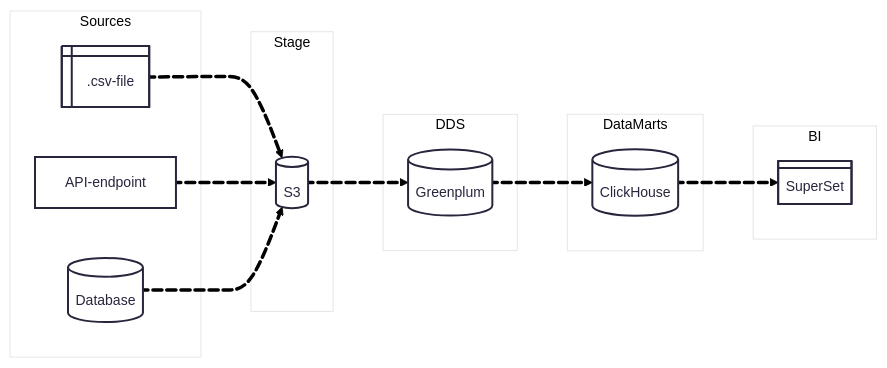
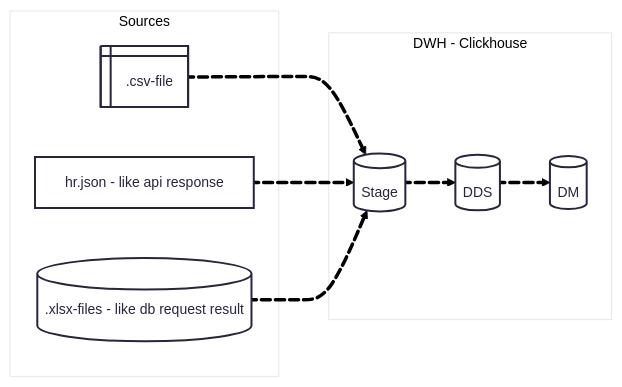
Before and after one commit to CabbageSplitter/ELT-Horizon: the diagram in docs/architecture.mmd, drawn with Mermaid.

Commit message:
docs: изменена архитектура

```diff
--- a/docs/architecture.mmd
+++ b/docs/architecture.mmd
@@ -1,44 +1,33 @@
 ---
 config:
   theme: redux-color
   look: classic
   layout: dagre
 ---
 flowchart LR
 
     subgraph Sources
         csv@{ shape: win-pane, label: ".csv-file"}
-        api[API-endpoint]
-        db@{ shape: cyl, label: "Database" }
+        json[hr.json - like api response]
+        xlsx@{ shape: cyl, label: ".xlsx-files - like db request result" }
     end
 
-    subgraph Stage
-        s3@{ shape: cyl, label: "S3" }
-    end
+    subgraph DWH - Clickhouse
+        stage@{ shape: cyl, label: "Stage" }
+        dds@{ shape: cyl, label: "DDS" }
+        dm@{ shape: cyl, label: "DM" }
 
-    subgraph DDS
-        greenplum@{ shape: cyl, label: "Greenplum" }
-    end
-
-    subgraph DataMarts
-        clickhouse@{ shape: cyl, label: "ClickHouse" }
-    end
-
-    subgraph BI
-        superset@{ shape: div-rect, label: "SuperSet" }
     end
 
     
 
-csv e1@==> s3
+csv e1@==> stage
 e1@{ animate: true }
-api e2@==> s3
+json e2@==> stage
 e2@{ animate: true }
-db e3@==> s3
+xlsx e3@==> stage
 e3@{ animate: true }
-s3 e4@==> greenplum
+stage e4@==> dds
 e4@{ animate: true }
-greenplum e5@==> clickhouse
+dds e5@==> dm
 e5@{ animate: true }
-clickhouse e6@==> superset
-e6@{ animate: true }
```
